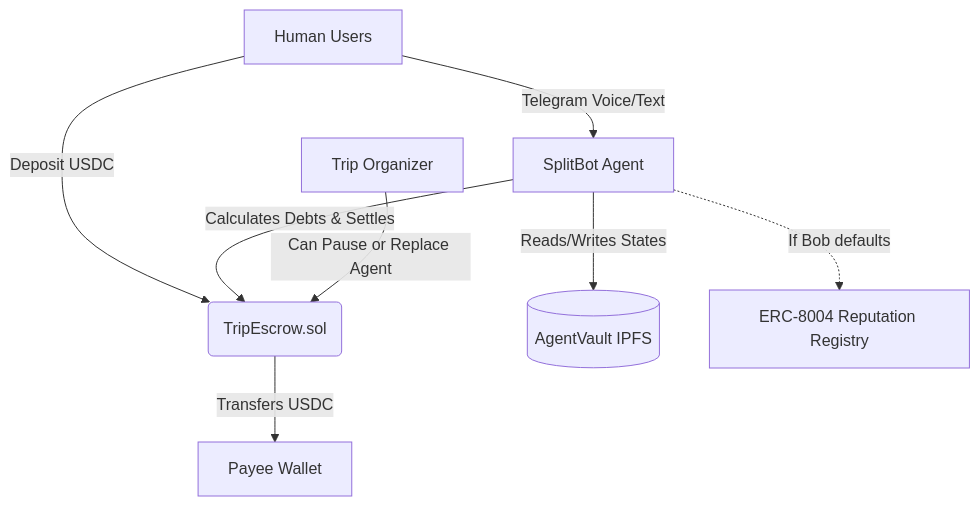
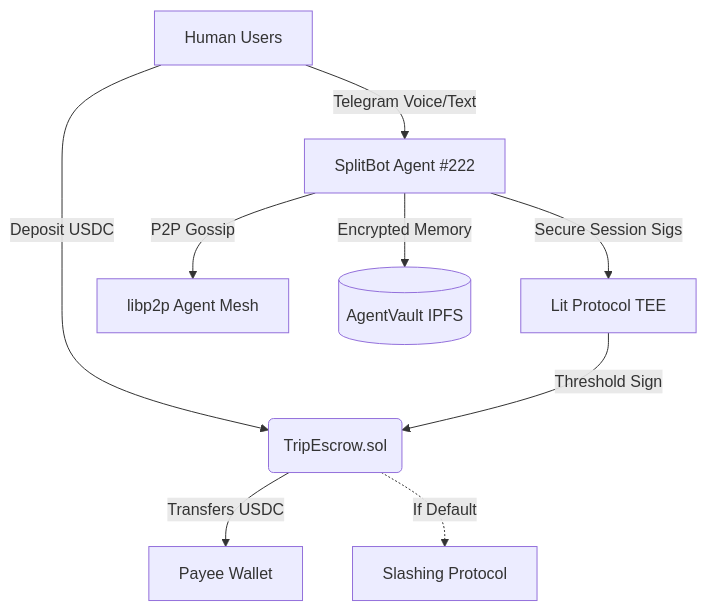
The diagram in README.md (lopeselio/AgentVault-SplitBot), drawn with Mermaid before and after one commit. The commit also changed other lines of this file, not shown here.

Commit message:
feat: update README to detail advanced agentic stack features, including ERC-8004 identity, autonomous slashing, P2P mesh, and TEE, with an updated tech stack and architecture.

````diff
--- a/README.md
+++ b/README.md
@@ -14,14 +22,14 @@
 ```mermaid
 graph TD
     A[Human Users] -->|Deposit USDC| B(TripEscrow.sol)
-    A -->|Telegram Voice/Text| C[SplitBot Agent]
+    A -->|Telegram Voice/Text| C[SplitBot Agent #222]
     
-    C -->|Reads/Writes States| D[(AgentVault IPFS)]
-    C -->|Calculates Debts & Settles| B
+    C -->|Secure Session Sigs| L[Lit Protocol TEE]
+    L -->|Threshold Sign| B
+    
+    C -->|P2P Gossip| G[libp2p Agent Mesh]
+    C -->|Encrypted Memory| D[(AgentVault IPFS)]
     
     B -->|Transfers USDC| E[Payee Wallet]
-    
-    C -.->|If Bob defaults| F[ERC-8004 Reputation Registry]
-    
-    G[Trip Organizer] -->|Can Pause or Replace Agent| B
+    B -.->|If Default| S[Slashing Protocol]
 ```
````
